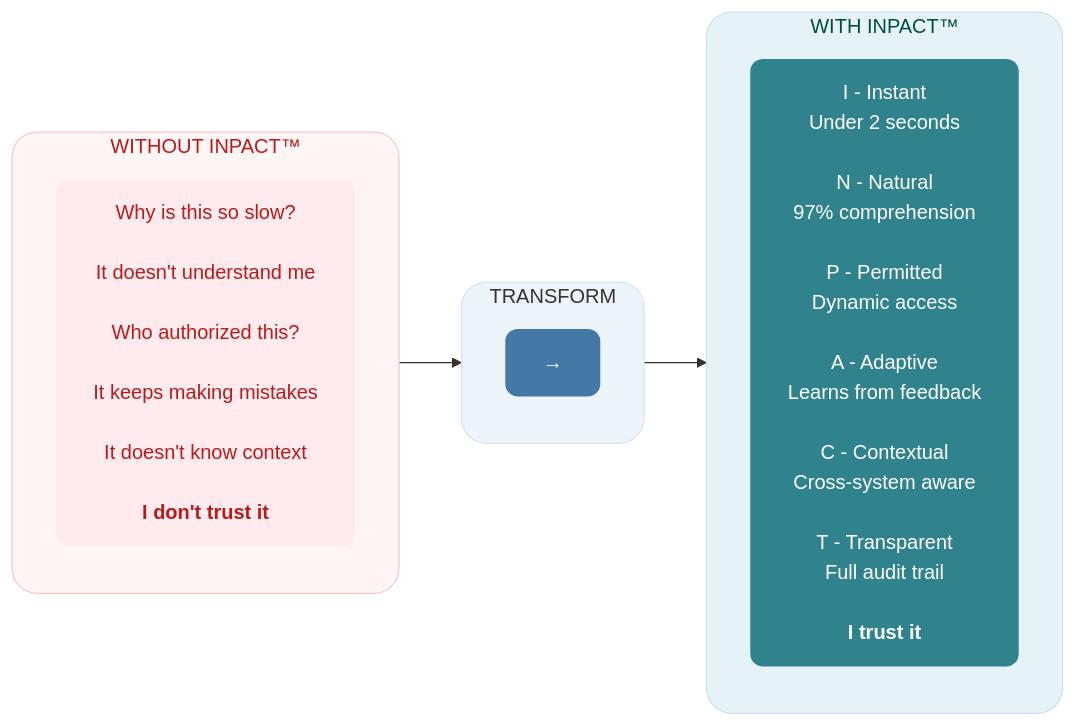
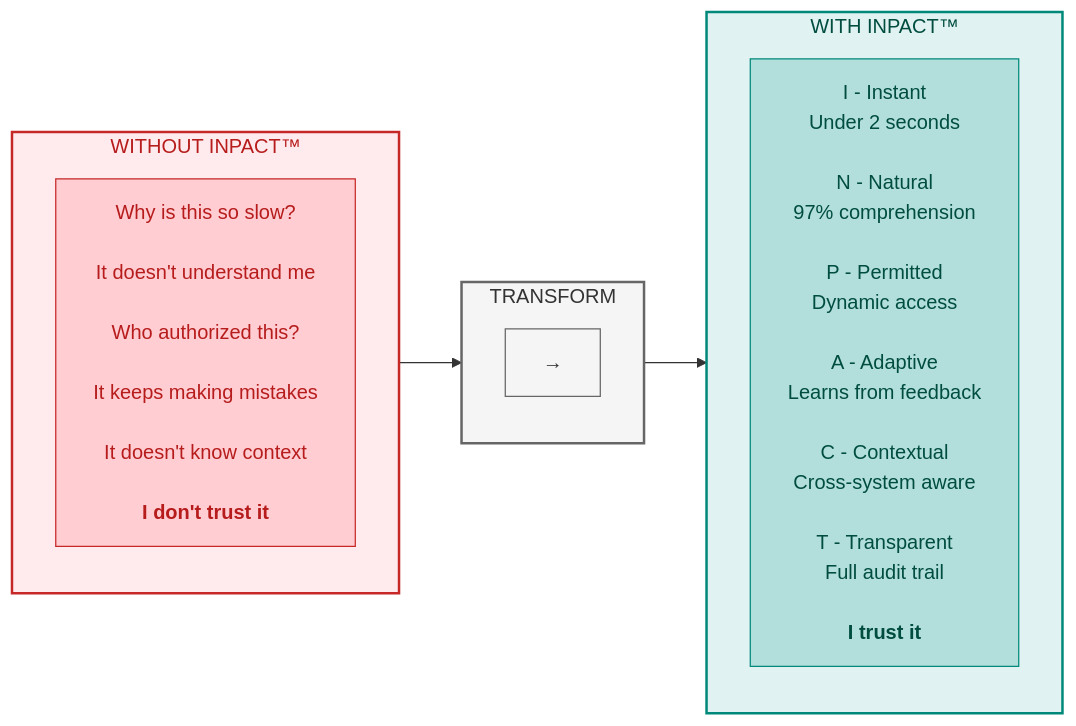
Before and after one commit to saitejesh-cyber/trust-before-intelligence-book: the first of 12 diagrams in manuscript/03_chapter_2_inpact_framework.md, drawn with Mermaid. The commit also changed other lines of this file and 12 other files, not shown here.

Commit message:
Restore legacy Mermaid styles for Option 1

````diff
--- a/manuscript/03_chapter_2_inpact_framework.md
+++ b/manuscript/03_chapter_2_inpact_framework.md
@@ -23,29 +23,29 @@
 ```mermaid
 
 graph LR
     subgraph WITHOUT["WITHOUT INPACT™"]
         direction TB
         W1["Why is this so slow?<br/><br/>It doesn't understand me<br/><br/>Who authorized this?<br/><br/>It keeps making mistakes<br/><br/>It doesn't know context<br/><br/><b>I don't trust it</b>"]
     end
     
     subgraph TRANSFORM["TRANSFORM"]
         direction TB
         T1["→"]
     end
     
     subgraph WITH["WITH INPACT™"]
         direction TB
         I1["I - Instant<br/>Under 2 seconds<br/><br/>N - Natural<br/>97% comprehension<br/><br/>P - Permitted<br/>Dynamic access<br/><br/>A - Adaptive<br/>Learns from feedback<br/><br/>C - Contextual<br/>Cross-system aware<br/><br/>T - Transparent<br/>Full audit trail<br/><br/><b>I trust it</b>"]
     end
     
     WITHOUT --> TRANSFORM --> WITH
     
-    style WITHOUT fill:#fff5f5,stroke:#f2caca,stroke-width:1px,color:#b71c1c,rx:20,ry:20
-    style W1 fill:#ffebee,stroke:none,color:#b71c1c,rx:10,ry:10
-    style TRANSFORM fill:#edf4fa,stroke:#d6e4f2,stroke-width:1px,color:#333333,rx:20,ry:20
-    style T1 fill:#4478A6,stroke:none,color:#ffffff,rx:10,ry:10
-    style WITH fill:#e6f3f6,stroke:#c7e3ea,stroke-width:1px,color:#004d40,rx:20,ry:20
-    style I1 fill:#30838C,stroke:none,color:#ffffff,rx:10,ry:10
+    style WITHOUT fill:#ffebee,stroke:#c62828,stroke-width:2px,color:#b71c1c
+    style TRANSFORM fill:#f5f5f5,stroke:#666666,stroke-width:2px,color:#333333
+    style WITH fill:#e0f2f1,stroke:#00897b,stroke-width:2px,color:#004d40
+    style W1 fill:#ffcdd2,stroke:#c62828,color:#b71c1c
+    style T1 fill:#f5f5f5,stroke:#666666,color:#333333
+    style I1 fill:#b2dfdb,stroke:#00897b,color:#004d40
     
 
 ```
````
